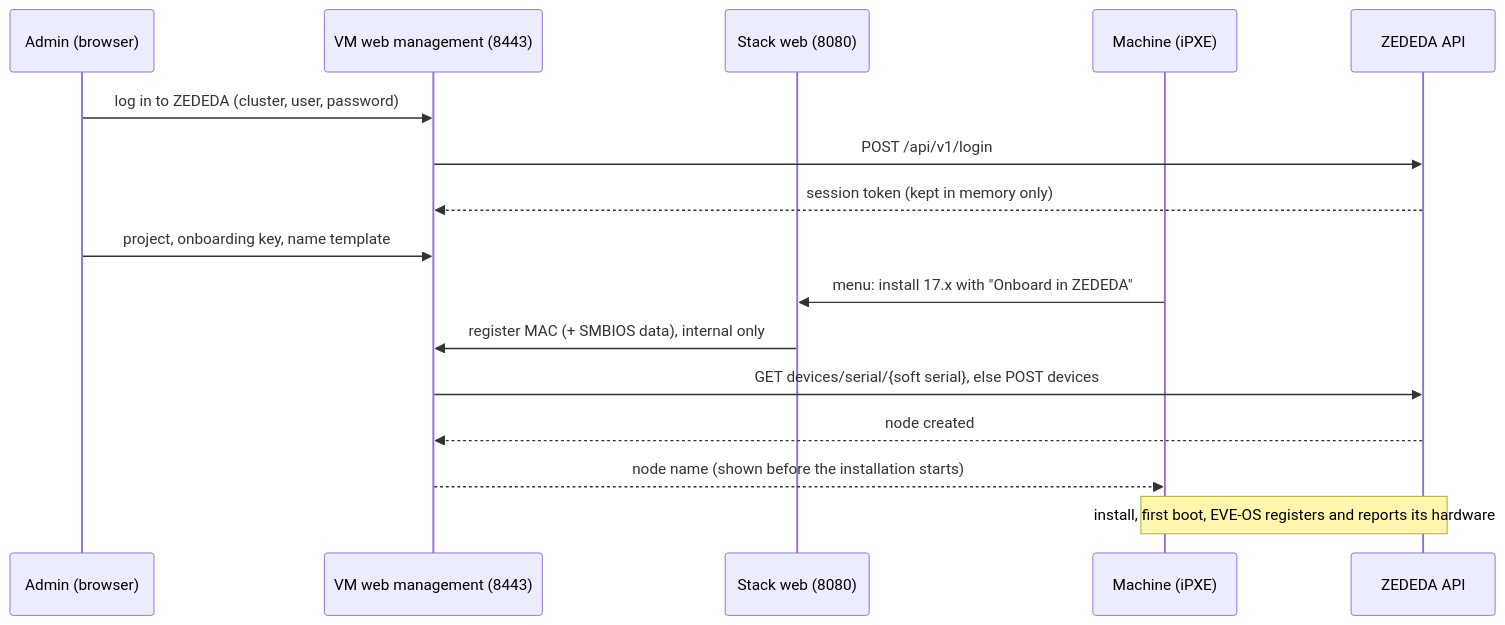
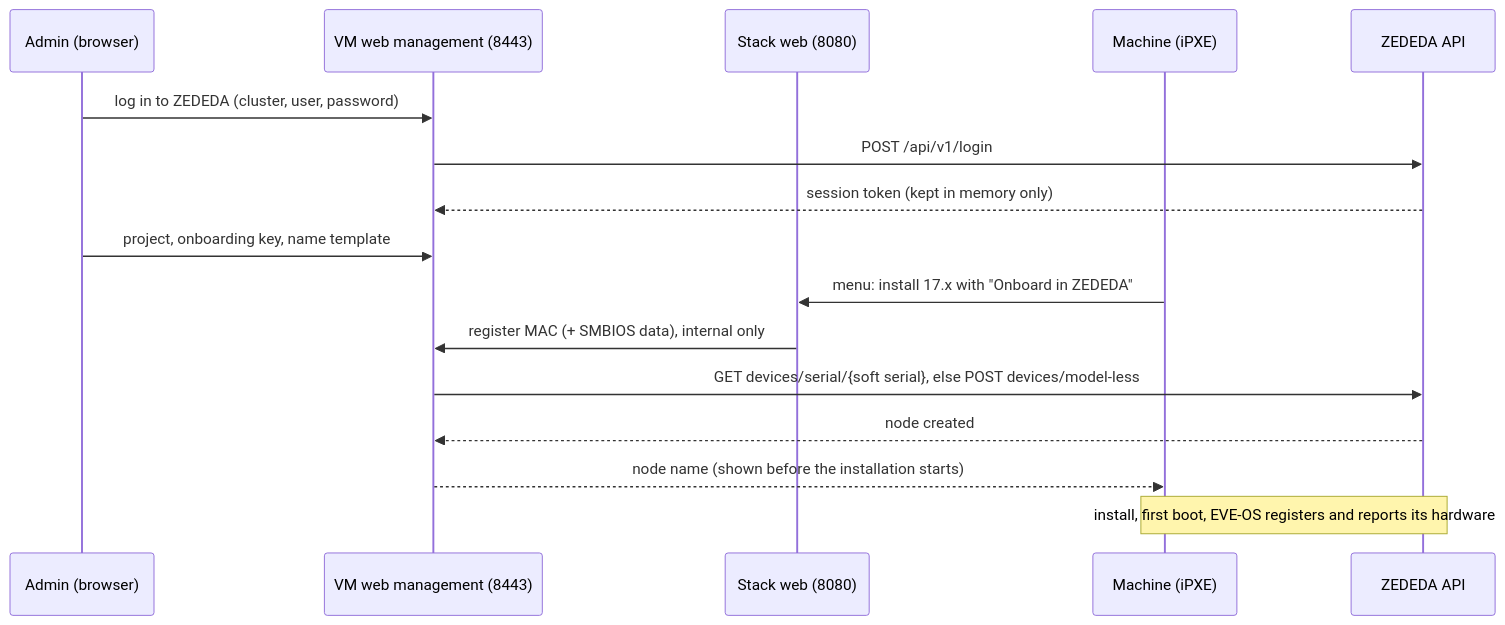
One commit to michiel-zededa/eve-netboot-installer changed the diagram in docs/design/zededa-onboarding.md. Above: the diagram before and after it, drawn with Mermaid. The commit also changed other lines of this file, not shown here.

````diff
--- a/docs/design/zededa-onboarding.md
+++ b/docs/design/zededa-onboarding.md
@@ -73,18 +92,18 @@
 ```mermaid
 sequenceDiagram
     participant A as Admin (browser)
     participant W as VM web management (8443)
     participant H as Stack web (8080)
     participant M as Machine (iPXE)
     participant Z as ZEDEDA API
     A->>W: log in to ZEDEDA (cluster, user, password)
     W->>Z: POST /api/v1/login
     Z-->>W: session token (kept in memory only)
     A->>W: project, onboarding key, name template
     M->>H: menu: install 17.x with "Onboard in ZEDEDA"
     H->>W: register MAC (+ SMBIOS data), internal only
-    W->>Z: GET devices/serial/{soft serial}, else POST devices
+    W->>Z: GET devices/serial/{soft serial}, else POST devices/model-less
     Z-->>W: node created
     W-->>M: node name (shown before the installation starts)
     Note over M,Z: install, first boot, EVE-OS registers and reports its hardware
 ```
````
